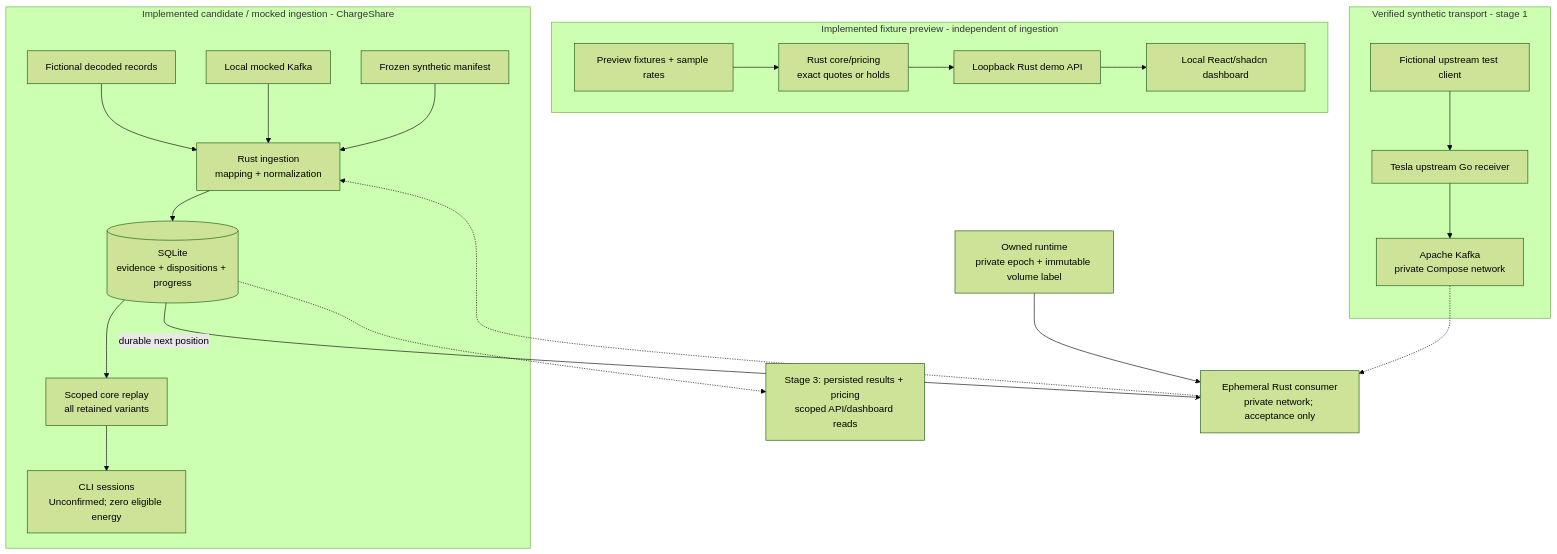
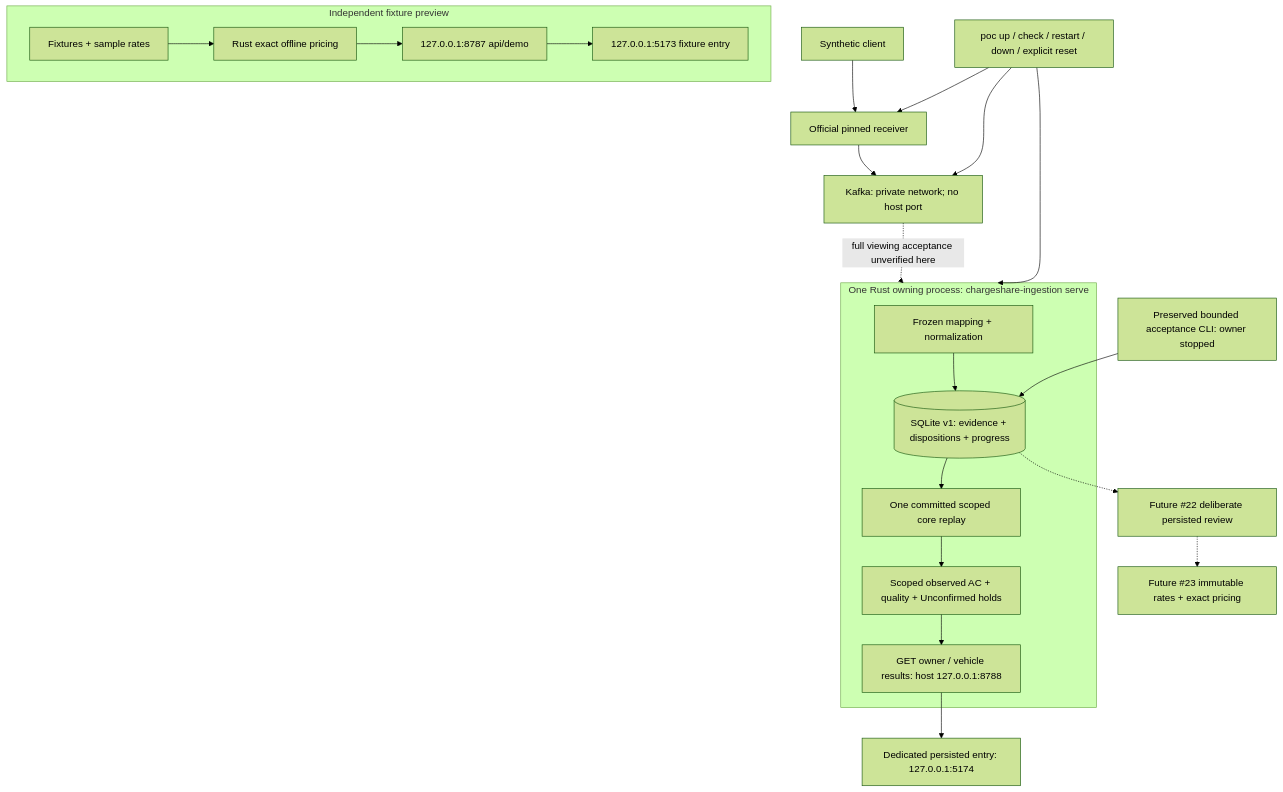
The diagram in docs/architecture.md (jestrada/ChargeShare), drawn with Mermaid (forest theme) before and after one commit. The commit also changed other lines of this file and 34 other files, not shown here.

First line of the commit message:
Deliver scoped persisted viewing from receiver to dashboard (#21) (#29)

````diff
--- a/docs/architecture.md
+++ b/docs/architecture.md
@@ -39,25 +38,24 @@
 ```mermaid
 flowchart TB
-    subgraph ingestion_path["Implemented candidate / mocked ingestion - ChargeShare"]
-        candidate["Fictional decoded records"] --> ingest["Rust ingestion<br/>mapping + normalization"]
-        mock["Local mocked Kafka"] --> ingest
-        manifest["Frozen synthetic manifest"] --> ingest
-        ingest --> sqlite[("SQLite<br/>evidence + dispositions + progress")]
-        sqlite --> replay["Scoped core replay<br/>all retained variants"]
-        replay --> cli["CLI sessions<br/>Unconfirmed; zero eligible energy"]
+    client["Synthetic client"] --> receiver["Official pinned receiver"]
+    receiver --> kafka["Kafka: private network; no host port"]
+    kafka -. "full viewing acceptance unverified here" .-> owner
+    subgraph owner["One Rust owning process: chargeshare-ingestion serve"]
+        normalize["Frozen mapping + normalization"] --> sqlite[("SQLite v1: evidence + dispositions + progress")]
+        sqlite --> replay["One committed scoped core replay"]
+        replay --> results["Scoped observed AC + quality + Unconfirmed holds"]
+        results --> api["GET owner / vehicle results: host 127.0.0.1:8788"]
     end
-    subgraph preview_path["Implemented fixture preview - independent of ingestion"]
-        demo["Preview fixtures + sample rates"] --> pricing["Rust core/pricing<br/>exact quotes or holds"]
-        pricing --> api["Loopback Rust demo API"]
-        api --> ui["Local React/shadcn dashboard"]
+    api --> persisted["Dedicated persisted entry: 127.0.0.1:5174"]
+    lifecycle["poc up / check / restart / down / explicit reset"] --> owner
+    lifecycle --> receiver
+    lifecycle --> kafka
+    cli["Preserved bounded acceptance CLI: owner stopped"] --> sqlite
+    subgraph fixture["Independent fixture preview"]
+        demo["Fixtures + sample rates"] --> pricing["Rust exact offline pricing"]
+        pricing --> fixture_api["127.0.0.1:8787 api/demo"]
+        fixture_api --> fixture_ui["127.0.0.1:5173 fixture entry"]
     end
-    subgraph verified_transport["Verified synthetic transport - stage 1"]
-        client["Fictional upstream test client"] --> receiver["Tesla upstream Go receiver"]
-        receiver --> kafka["Apache Kafka<br/>private Compose network"]
-    end
-    lifecycle["Owned runtime<br/>private epoch + immutable volume label"] --> runner["Ephemeral Rust consumer<br/>private network; acceptance only"]
-    kafka -.-> runner
-    sqlite -- "durable next position" --> runner
-    runner -.-> ingest
-    sqlite -.-> results["Stage 3: persisted results + pricing<br/>scoped API/dashboard reads"]
+    sqlite -.-> review["Future #22 deliberate persisted review"]
+    review -.-> persisted_pricing["Future #23 immutable rates + exact pricing"]
 ```
````
